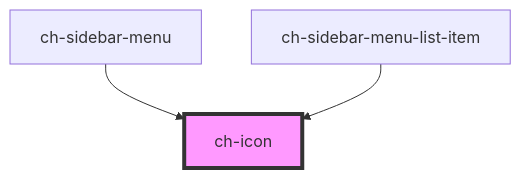
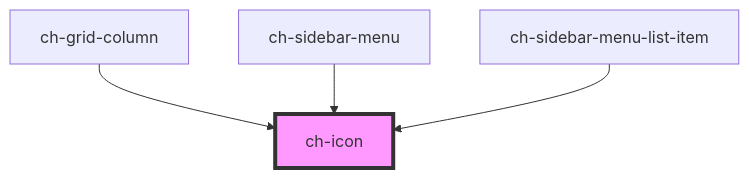
The diagram in src/components/icon/readme.md (genexuslabs/chameleon-controls-library), drawn with Mermaid before and after one commit. The commit also changed other lines of this file and 69 other files, not shown here.

````diff
--- a/src/components/icon/readme.md
+++ b/src/components/icon/readme.md
@@ -31,6 +32,7 @@
 ```mermaid
 graph TD;
+  ch-grid-column --> ch-icon
   ch-sidebar-menu --> ch-icon
   ch-sidebar-menu-list-item --> ch-icon
   style ch-icon fill:#f9f,stroke:#333,stroke-width:4px
 ```
````
